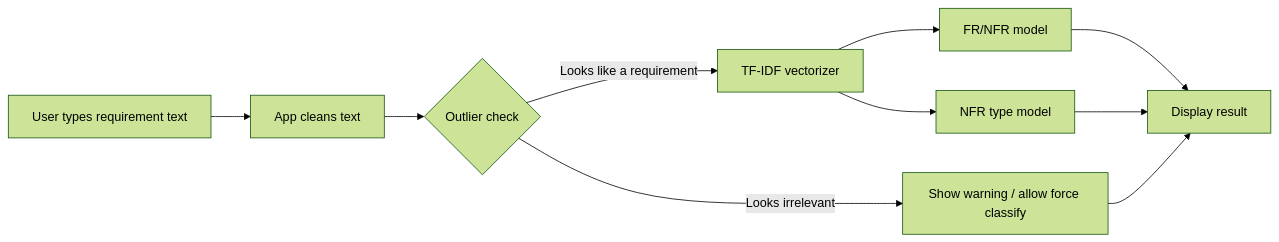
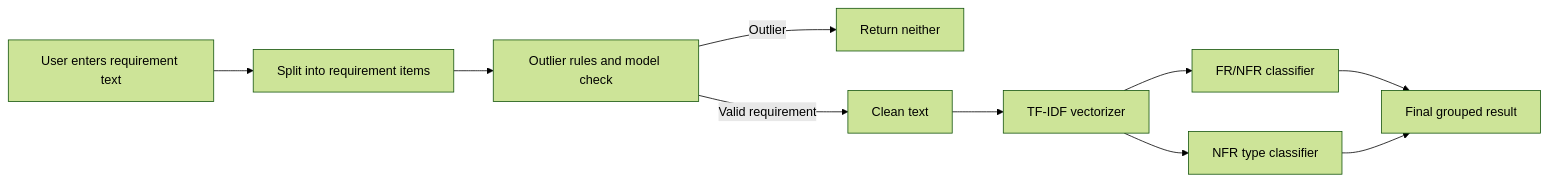
The third of 3 diagrams in README.md (hamziCodes/IDS_PROJECT-SRS_CLASSIFICATION), drawn with Mermaid (forest theme) before and after one commit. The commit also changed other lines of this file and 1 other file, not shown here.

````diff
--- a/README.md
+++ b/README.md
@@ -54,12 +223,12 @@
 ```mermaid
 flowchart LR
-      T[User types requirement text] --> C[App cleans text]
-      C --> R{Outlier check}
-      R -->|Looks irrelevant| W[Show warning / allow force classify]
-      R -->|Looks like a requirement| V[TF-IDF vectorizer]
-      V --> M1[FR/NFR model]
-      V --> M2[NFR type model]
-      M1 --> O[Display result]
-      M2 --> O
-      W --> O
+    A[User enters requirement text] --> B[Split into requirement items]
+    B --> C[Outlier rules and model check]
+    C -->|Outlier| D[Return neither]
+    C -->|Valid requirement| E[Clean text]
+    E --> F[TF-IDF vectorizer]
+    F --> G[FR/NFR classifier]
+    F --> H[NFR type classifier]
+    G --> I[Final grouped result]
+    H --> I
 ```
````
